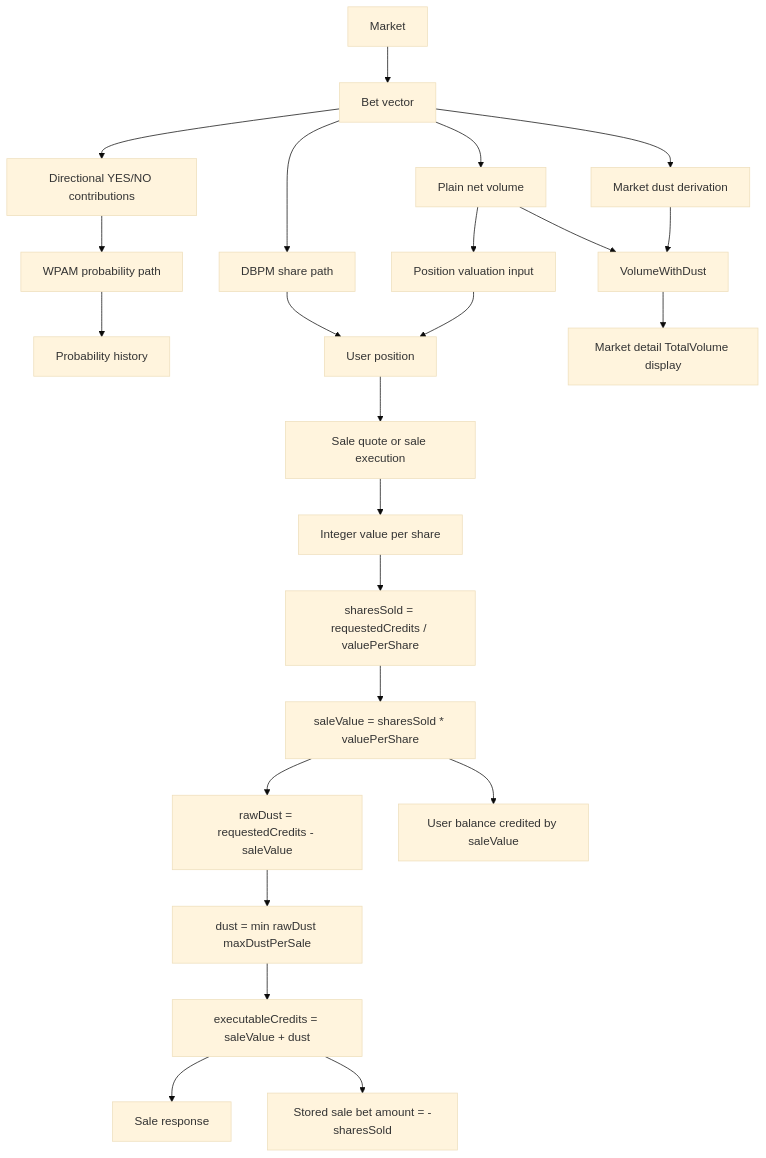
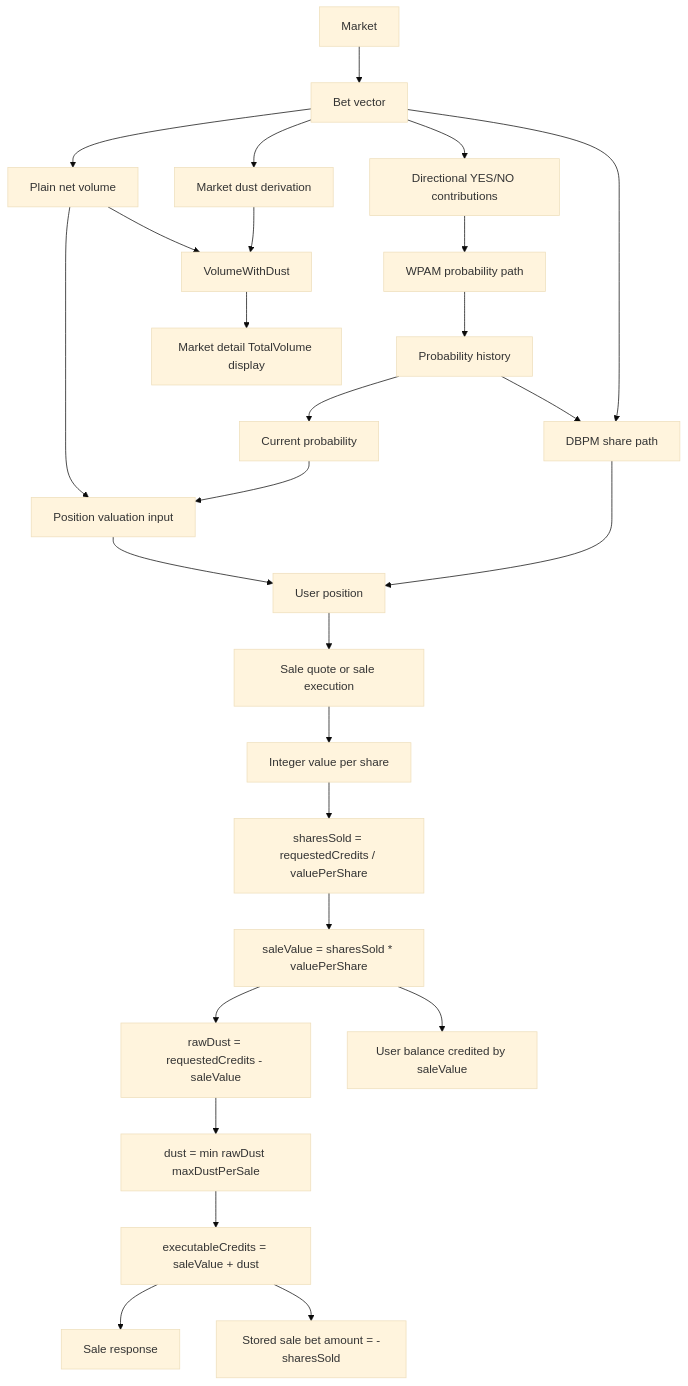
One commit to openpredictionmarkets/socialpredict changed the diagram in README/MATH/README-MATH-MARKET-FLOWS.md. Above: the diagram before and after it, drawn with Mermaid (base theme). The commit also changed other lines of this file, not shown here.

Commit message:
docs: show probability history in dbpm flow

````diff
--- a/README/MATH/README-MATH-MARKET-FLOWS.md
+++ b/README/MATH/README-MATH-MARKET-FLOWS.md
@@ -21,26 +21,29 @@
 ```mermaid
 flowchart TD
     A[Market] --> B[Bet vector]
     B --> C[Directional YES/NO contributions]
     C --> D[WPAM probability path]
     B --> E[DBPM share path]
     B --> R[Plain net volume]
+    D --> PH[Probability history]
+    PH --> E
+    PH --> CP[Current probability]
+    CP --> V[Position valuation input]
     R --> V[Position valuation input]
     E --> F[User position]
     V --> F
-    D --> PH[Probability history]
     F --> G[Sale quote or sale execution]
     G --> H[Integer value per share]
     H --> I[sharesSold = requestedCredits / valuePerShare]
     I --> J[saleValue = sharesSold * valuePerShare]
     J --> K[rawDust = requestedCredits - saleValue]
     K --> L[dust = min rawDust maxDustPerSale]
     L --> M[executableCredits = saleValue + dust]
     M --> N[Sale response]
     M --> O[Stored sale bet amount = -sharesSold]
     J --> P[User balance credited by saleValue]
     B --> Q[Market dust derivation]
     Q --> S[VolumeWithDust]
     R --> S
     S --> T[Market detail TotalVolume display]
 ```
````
